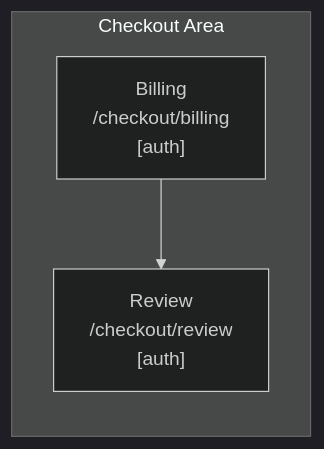
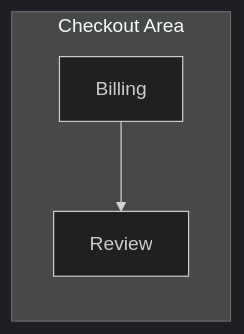
One commit to knutopia/Structured-Design-Documents changed the diagram in examples/rendered/v0.1/ia_place_map_diagram_type/outcome_to_ia_trace_example/simple_profile/outcome_to_ia_trace.ia_place_map.mmd. Above: the diagram before and after it, drawn with Mermaid (dark theme). The commit also changed 29 other files, not shown here.

```diff
--- a/examples/rendered/v0.1/ia_place_map_diagram_type/outcome_to_ia_trace_example/simple_profile/outcome_to_ia_trace.ia_place_map.mmd
+++ b/examples/rendered/v0.1/ia_place_map_diagram_type/outcome_to_ia_trace_example/simple_profile/outcome_to_ia_trace.ia_place_map.mmd
@@ -1,6 +1,6 @@
 flowchart LR
   subgraph n_A_001["Checkout Area"]
-    n_P_001["Billing<br/>/checkout/billing<br/>[auth]"]
-    n_P_002["Review<br/>/checkout/review<br/>[auth]"]
+    n_P_001["Billing"]
+    n_P_002["Review"]
   end
   n_P_001 --> n_P_002
```
